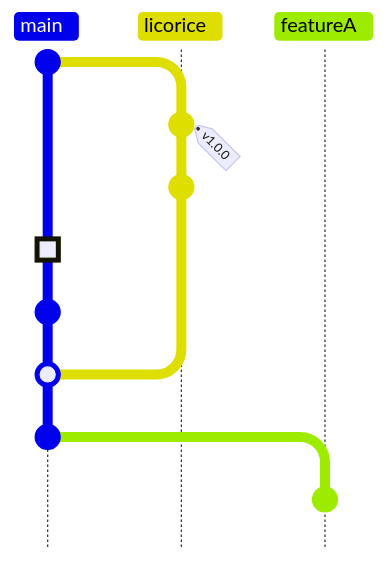
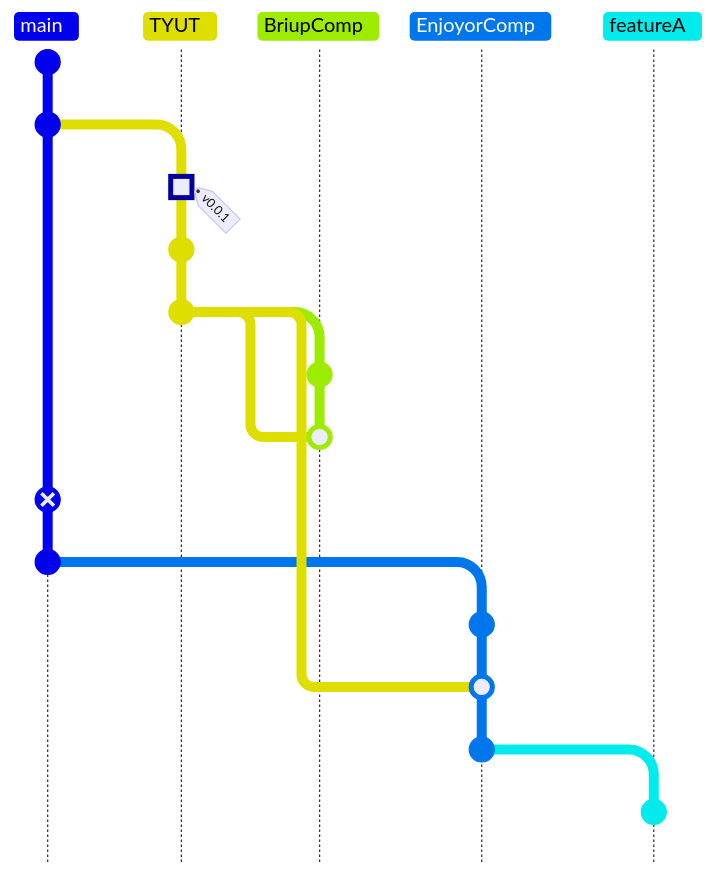
Before and after one commit to AaronYang0628/docs: the diagram in content/_index.md, drawn with Mermaid. Commit ids are hidden.

Commit message:
update index

````diff
--- a/content/_index.md
+++ b/content/_index.md
@@ -7,14 +7,23 @@
 ```mermaid
 gitGraph TB:
+  commit id:"Learn CS"
+  commit id:"Enrollment TYUT"
+  branch TYUT
+  commit id:"develop game app" tag:"v0.0.1" type: HIGHLIGHT
+  commit id:"Plan:3+1"
+  commit id:"Start internship"
+  branch BriupComp
+  commit 
+  merge TYUT
+  checkout main
+  commit id:"graduate" type: REVERSE
+  commit 
+  checkout main
+  branch EnjoyorComp
   commit
-  branch licorice
-  commit tag:"v1.0.0"
-  commit
-  checkout main
-  commit type: HIGHLIGHT
-  commit
-  merge licorice
+  merge TYUT
   commit
   branch featureA
   commit
+
 ```
````
